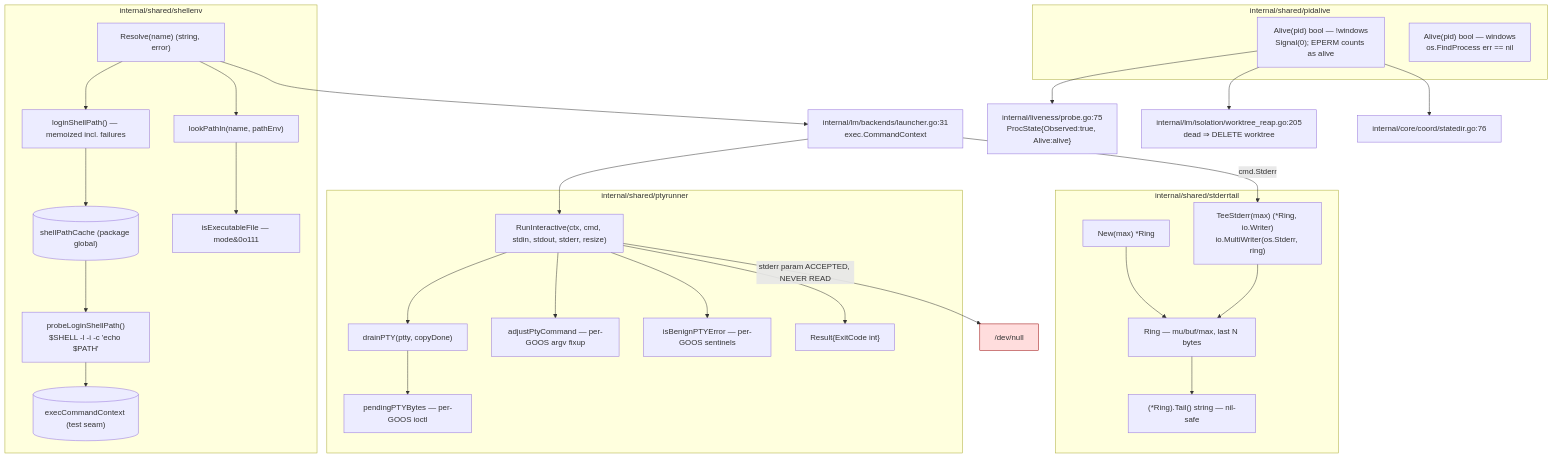
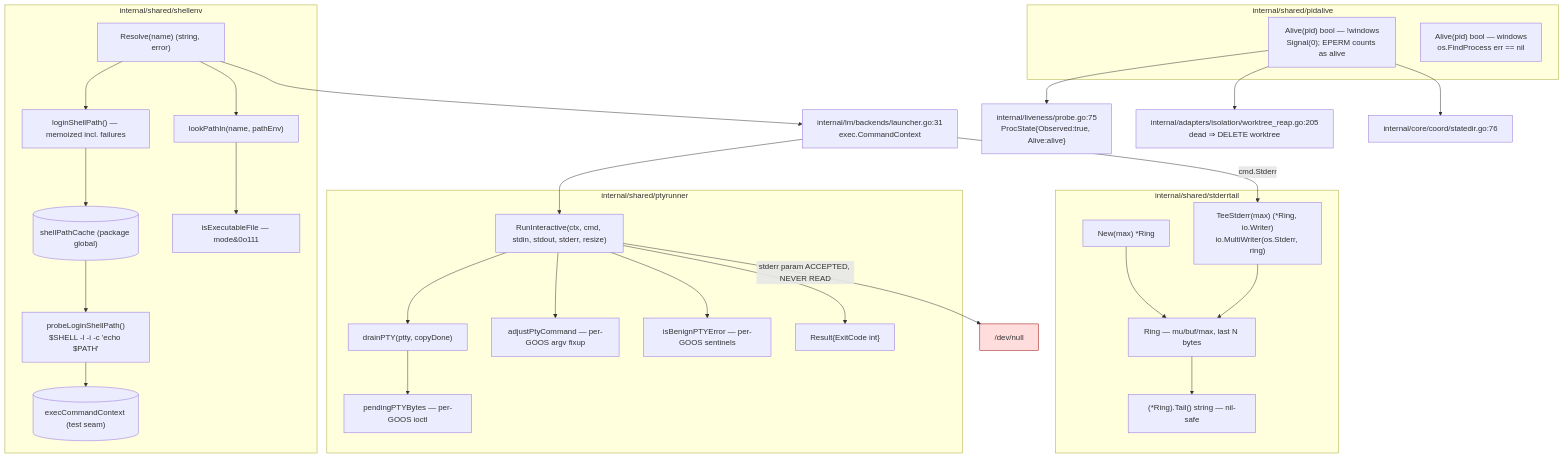
One commit to ctxloom/ctxloom changed the diagram in docs/architecture/shared/process-execution.md. Above: the diagram before and after it, drawn with Mermaid. The commit also changed other lines of this file and 2489 other files, not shown here.

First line of the commit message:
refactor(arch): move the adapters ring into internal/adapters

````diff
--- a/docs/architecture/shared/process-execution.md
+++ b/docs/architecture/shared/process-execution.md
@@ -7,54 +7,54 @@
 ```mermaid
 flowchart TD
   LAUNCH["internal/lm/backends/launcher.go:31<br/>exec.CommandContext"]
 
   subgraph se["internal/shared/shellenv"]
     R["Resolve(name) (string, error)"]
     LSP["loginShellPath() — memoized incl. failures"]
     PLSP["probeLoginShellPath()<br/>$SHELL -l -i -c 'echo $PATH'"]
     LPI["lookPathIn(name, pathEnv)"]
     IEF["isExecutableFile — mode&0o111"]
     CACHE[("shellPathCache (package global)")]
     SEAM[("execCommandContext (test seam)")]
     R --> LSP --> CACHE
     CACHE --> PLSP --> SEAM
     R --> LPI --> IEF
   end
 
   subgraph pr["internal/shared/ptyrunner"]
     RI["RunInteractive(ctx, cmd, stdin, stdout, stderr, resize)"]
     DR["drainPTY(ptty, copyDone)"]
     RES["Result{ExitCode int}"]
     PPB["pendingPTYBytes — per-GOOS ioctl"]
     IBE["isBenignPTYError — per-GOOS sentinels"]
     APC["adjustPtyCommand — per-GOOS argv fixup"]
     RI --> DR --> PPB
     RI --> APC
     RI --> IBE
     RI --> RES
   end
 
   subgraph st["internal/shared/stderrtail"]
     RING["Ring — mu/buf/max, last N bytes"]
     NEWR["New(max) *Ring"]
     TEE["TeeStderr(max) (*Ring, io.Writer)<br/>io.MultiWriter(os.Stderr, ring)"]
     TAIL["(*Ring).Tail() string — nil-safe"]
     NEWR --> RING
     TEE --> RING
     RING --> TAIL
   end
 
   subgraph pa["internal/shared/pidalive"]
     AU["Alive(pid) bool — !windows<br/>Signal(0); EPERM counts as alive"]
     AW["Alive(pid) bool — windows<br/>os.FindProcess err == nil"]
   end
 
   R --> LAUNCH --> RI
   LAUNCH -->|"cmd.Stderr"| TEE
   RI -->|"stderr param ACCEPTED, NEVER READ"| VOID["/dev/null"]
   AU --> LIVE["internal/liveness/probe.go:75<br/>ProcState{Observed:true, Alive:alive}"]
-  AU --> REAP["internal/lm/isolation/worktree_reap.go:205<br/>dead ⇒ DELETE worktree"]
+  AU --> REAP["internal/adapters/isolation/worktree_reap.go:205<br/>dead ⇒ DELETE worktree"]
   AU --> SD["internal/core/coord/statedir.go:76"]
 
   style VOID fill:#fdd,stroke:#900
 ```
````
